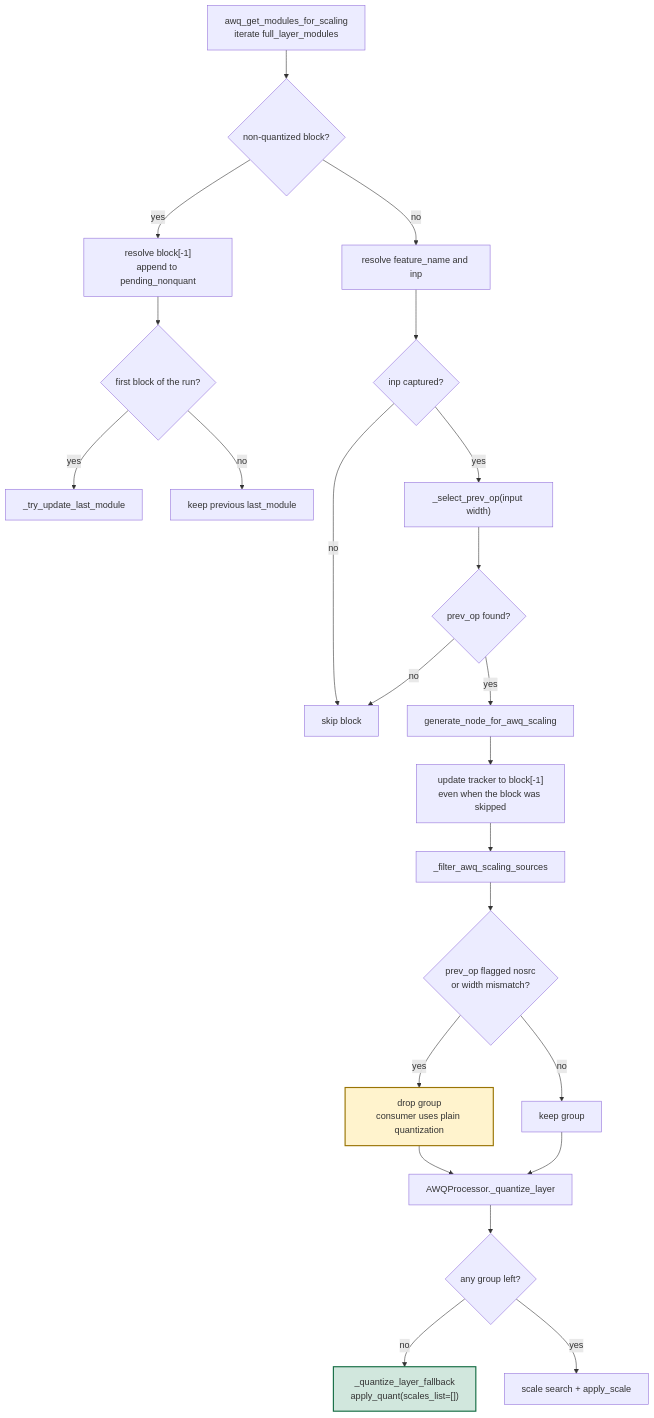
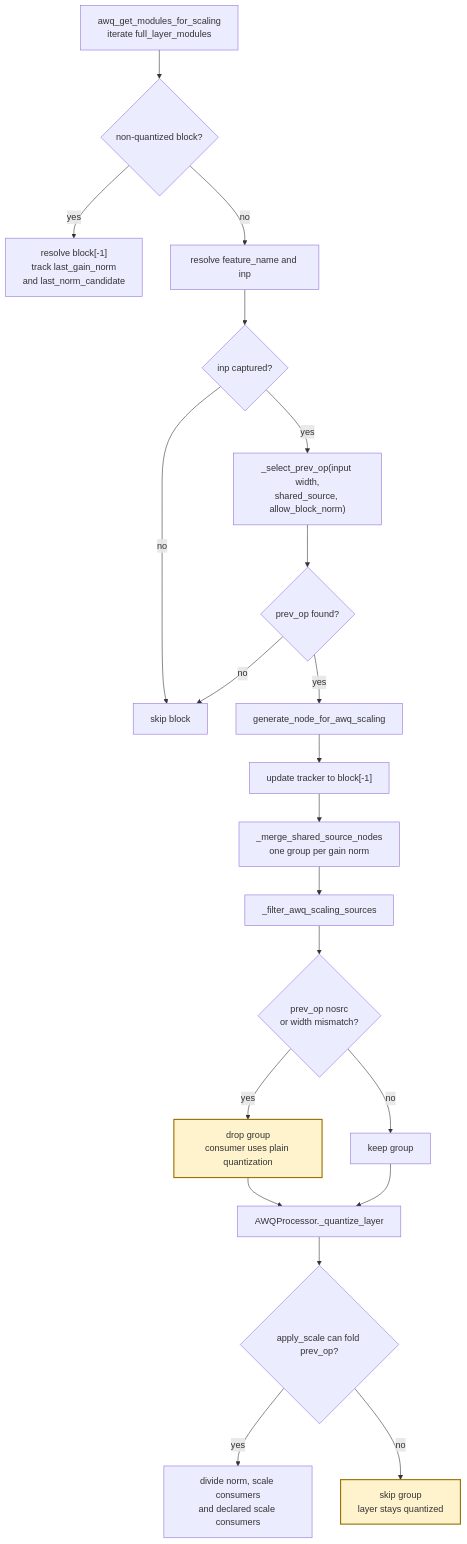
One commit to ModelCloud/GPTQModel changed the diagram in docs/awq-scaling-groups.md. Above: the diagram before and after it, drawn with Mermaid. The commit also changed other lines of this file and 22 other files, not shown here.

Commit message:
fix(awq): correct scaling groups across dense and MoE families (#4039)

````diff
--- a/docs/awq-scaling-groups.md
+++ b/docs/awq-scaling-groups.md
@@ -23,27 +35,25 @@
 ```mermaid
 flowchart TD
     A["awq_get_modules_for_scaling<br/>iterate full_layer_modules"] --> B{"non-quantized block?"}
-    B -- "yes" --> C["resolve block[-1]<br/>append to pending_nonquant"]
-    C --> D{"first block of the run?"}
-    D -- "yes" --> E["_try_update_last_module"]
-    D -- "no" --> F["keep previous last_module"]
+    B -- "yes" --> C["resolve block[-1]<br/>track last_gain_norm<br/>and last_norm_candidate"]
     B -- "no" --> G["resolve feature_name and inp"]
     G --> H{"inp captured?"}
     H -- "no" --> I["skip block"]
-    H -- "yes" --> J["_select_prev_op(input width)"]
+    H -- "yes" --> J["_select_prev_op(input width,<br/>shared_source, allow_block_norm)"]
     J --> K{"prev_op found?"}
     K -- "no" --> I
     K -- "yes" --> L["generate_node_for_awq_scaling"]
-    L --> M["update tracker to block[-1]<br/>even when the block was skipped"]
-    M --> N["_filter_awq_scaling_sources"]
-    N --> O{"prev_op flagged nosrc<br/>or width mismatch?"}
-    O -- "yes" --> P["drop group<br/>consumer uses plain quantization"]
-    O -- "no" --> Q["keep group"]
-    P --> R["AWQProcessor._quantize_layer"]
-    Q --> R
-    R --> S{"any group left?"}
-    S -- "no" --> T["_quantize_layer_fallback<br/>apply_quant(scales_list=[])"]
-    S -- "yes" --> U["scale search + apply_scale"]
-    style P fill:#fff3cd,stroke:#997404,stroke-width:2px
-    style T fill:#d1e7dd,stroke:#146c43,stroke-width:2px
+    L --> M["update tracker to block[-1]"]
+    M --> N["_merge_shared_source_nodes<br/>one group per gain norm"]
+    N --> O["_filter_awq_scaling_sources"]
+    O --> P{"prev_op nosrc<br/>or width mismatch?"}
+    P -- "yes" --> Q["drop group<br/>consumer uses plain quantization"]
+    P -- "no" --> R["keep group"]
+    Q --> S["AWQProcessor._quantize_layer"]
+    R --> S
+    S --> T{"apply_scale can fold prev_op?"}
+    T -- "yes" --> U["divide norm, scale consumers<br/>and declared scale consumers"]
+    T -- "no" --> V["skip group<br/>layer stays quantized"]
+    style Q fill:#fff3cd,stroke:#997404,stroke-width:2px
+    style V fill:#fff3cd,stroke:#997404,stroke-width:2px
 ```
````
